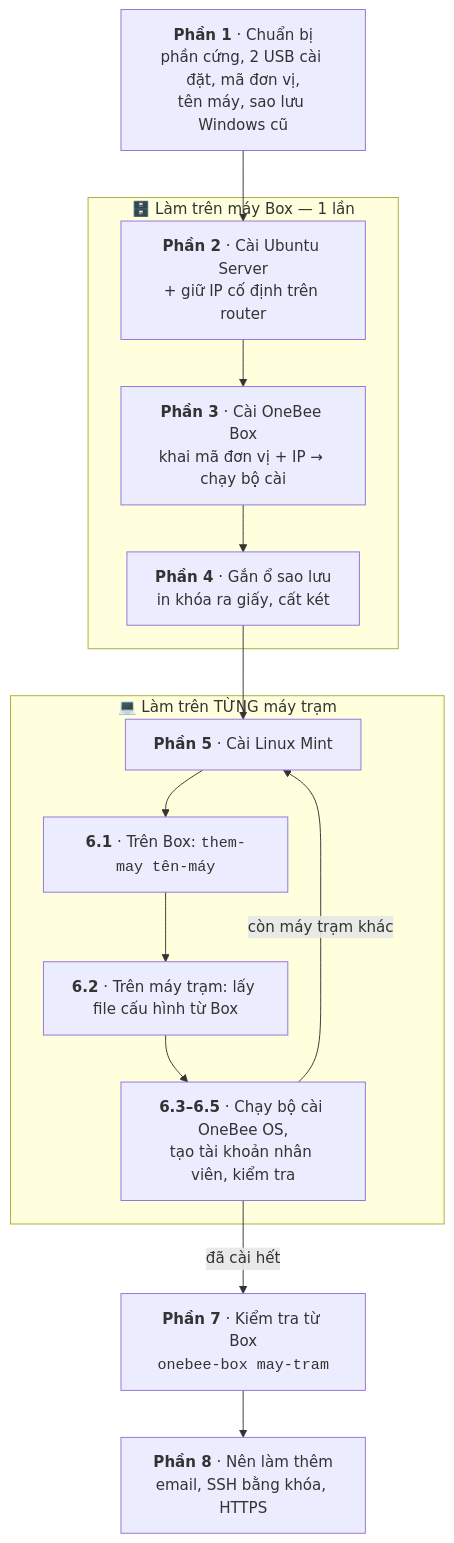
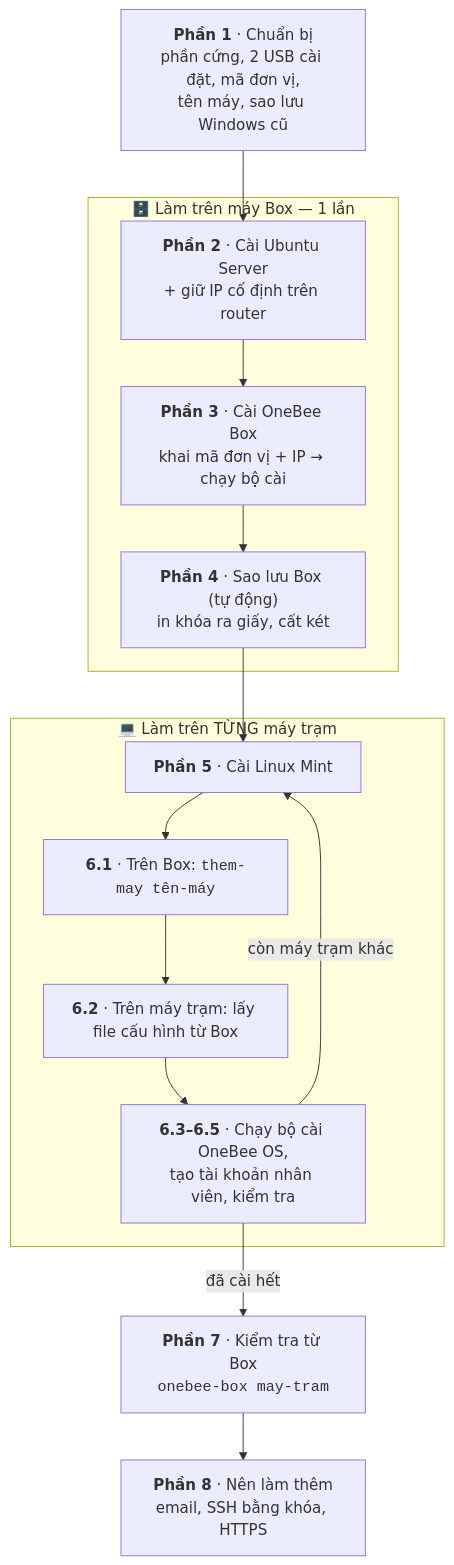
One commit to mthien07/da3-he-dieu-hanh-va-tu-dong-hoa-open-source changed the second of 4 diagrams in docs/huong-dan/huong-dan-cai-dat-tu-a-den-z.md. Above: the diagram before and after it, drawn with Mermaid. The commit also changed other lines of this file and 8 other files, not shown here.

First line of the commit message:
docs: sao lưu vào ổ Box, phòng ban và máy trạm xin vào

````diff
--- a/docs/huong-dan/huong-dan-cai-dat-tu-a-den-z.md
+++ b/docs/huong-dan/huong-dan-cai-dat-tu-a-den-z.md
@@ -56,21 +56,21 @@
 ```mermaid
 flowchart TD
     P1["<b>Phần 1</b> · Chuẩn bị<br/>phần cứng, 2 USB cài đặt, mã đơn vị,<br/>tên máy, sao lưu Windows cũ"]
     subgraph B["🗄️ Làm trên máy Box — 1 lần"]
         P2["<b>Phần 2</b> · Cài Ubuntu Server<br/>+ giữ IP cố định trên router"]
         P3["<b>Phần 3</b> · Cài OneBee Box<br/>khai mã đơn vị + IP → chạy bộ cài"]
-        P4["<b>Phần 4</b> · Gắn ổ sao lưu<br/>in khóa ra giấy, cất két"]
+        P4["<b>Phần 4</b> · Sao lưu Box (tự động)<br/>in khóa ra giấy, cất két"]
     end
     subgraph T["💻 Làm trên TỪNG máy trạm"]
         P5["<b>Phần 5</b> · Cài Linux Mint"]
         P6a["<b>6.1</b> · Trên Box: <code>them-may tên-máy</code>"]
         P6b["<b>6.2</b> · Trên máy trạm: lấy file cấu hình từ Box"]
         P6c["<b>6.3–6.5</b> · Chạy bộ cài OneBee OS,<br/>tạo tài khoản nhân viên, kiểm tra"]
     end
     P7["<b>Phần 7</b> · Kiểm tra từ Box<br/><code>onebee-box may-tram</code>"]
     P8["<b>Phần 8</b> · Nên làm thêm<br/>email, SSH bằng khóa, HTTPS"]
 
     P1 --> P2 --> P3 --> P4 --> P5 --> P6a --> P6b --> P6c
     P6c -- "còn máy trạm khác" --> P5
     P6c -- "đã cài hết" --> P7 --> P8
 ```
````
